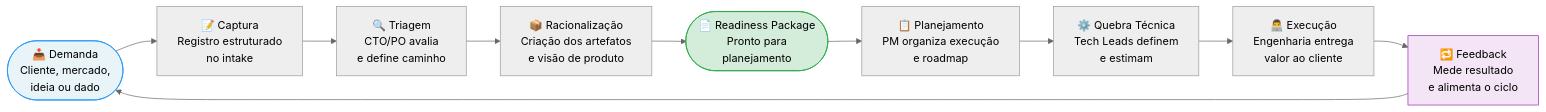
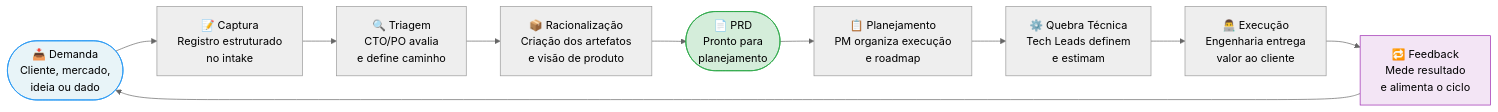
One commit to hugo-hsbtech/teamwork-process changed diagram 11 of 11 in README.md. Above: the diagram before and after it, drawn with Mermaid (neutral theme). The commit also changed other lines of this file and 10 other files, not shown here.

````diff
--- a/README.md
+++ b/README.md
@@ -492,18 +501,18 @@
 ```mermaid
 flowchart LR
     D(["📥 Demanda\nCliente, mercado,\nideia ou dado"])
     CA["📝 Captura\nRegistro estruturado\nno intake"]
     TR["🔍 Triagem\nCTO/PO avalia\ne define caminho"]
     RA["📦 Racionalização\nCriação dos artefatos\ne visão de produto"]
-    RP(["📄 Readiness Package\nPronto para\nplanejamento"])
+    RP(["📄 PRD\nPronto para\nplanejamento"])
     PL["📋 Planejamento\nPM organiza execução\ne roadmap"]
     QB["⚙️ Quebra Técnica\nTech Leads definem\ne estimam"]
     EX["👨‍💻 Execução\nEngenharia entrega\nvalor ao cliente"]
     FB["🔁 Feedback\nMede resultado\ne alimenta o ciclo"]
 
     D --> CA --> TR --> RA --> RP --> PL --> QB --> EX --> FB --> D
 
     style D fill:#e8f4f8,stroke:#2196F3,color:#000
     style RP fill:#d4edda,stroke:#28a745,color:#000
     style FB fill:#f3e5f5,stroke:#9C27B0,color:#000
 ```
````
